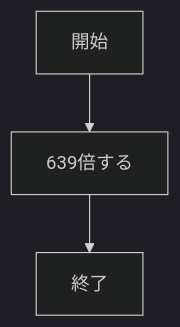
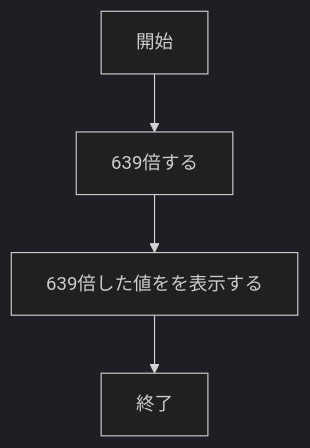
Before and after one commit to ryuki-97/webpro_06: the first of 2 diagrams in README.md, drawn with Mermaid (dark theme). The commit also changed other lines of this file and 8 other files, not shown here.

````diff
--- a/README.md
+++ b/README.md
@@ -17,5 +25,6 @@
 ```mermaid
 flowchart TD;
 開始 --> 639倍する;
-639倍する --> 終了;
+639倍する --> 639倍した値をを表示する;
+639倍した値をを表示する --> 終了;
 ```
````
